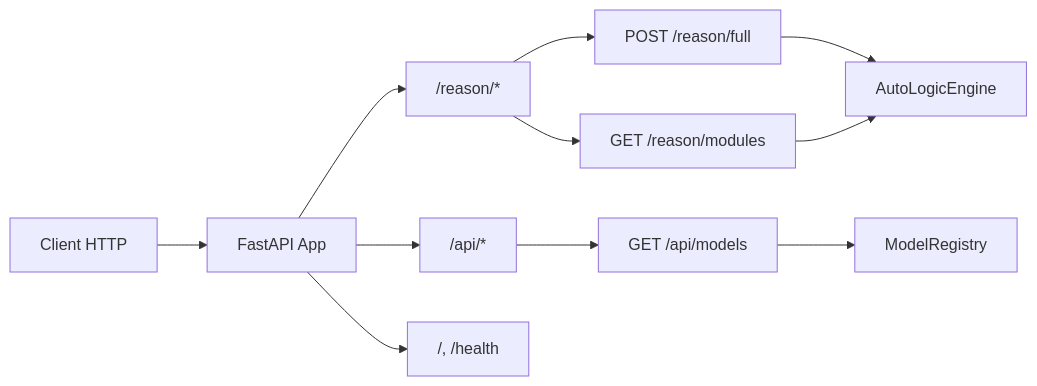
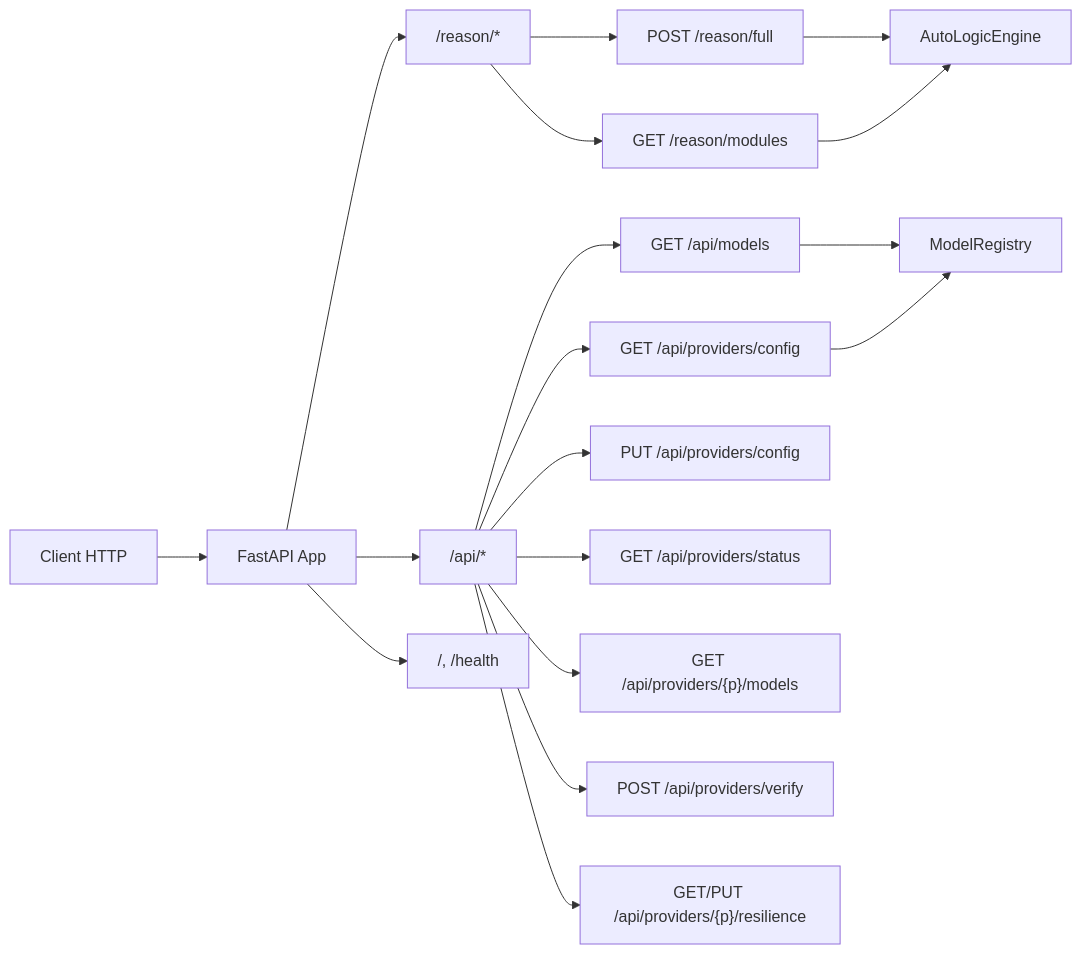
The fourth of 7 diagrams in Doc/ARCHITECTURE.md (dagornc/Autologic), drawn with Mermaid before and after one commit. The commit also changed other lines of this file and 2 other files, not shown here.

````diff
--- a/Doc/ARCHITECTURE.md
+++ b/Doc/ARCHITECTURE.md
@@ -135,16 +225,24 @@
 ```mermaid
 graph LR
     Client[Client HTTP] --> API[FastAPI App]
     
     API --> R1["/reason/*"]
     API --> R2["/api/*"]
     API --> R3["/, /health"]
     
     R1 --> E1[POST /reason/full]
     R1 --> E2[GET /reason/modules]
+    
     R2 --> E3[GET /api/models]
+    R2 --> E4[GET /api/providers/config]
+    R2 --> E5[PUT /api/providers/config]
+    R2 --> E6[GET /api/providers/status]
+    R2 --> E7["GET /api/providers/{p}/models"]
+    R2 --> E8[POST /api/providers/verify]
+    R2 --> E9["GET/PUT /api/providers/{p}/resilience"]
     
     E1 --> Engine[AutoLogicEngine]
     E2 --> Engine
     E3 --> Registry[ModelRegistry]
+    E4 --> Registry
 ```
````
